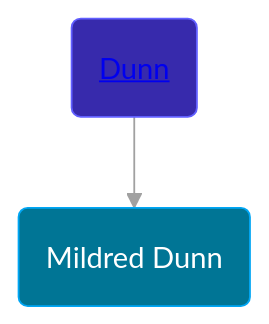
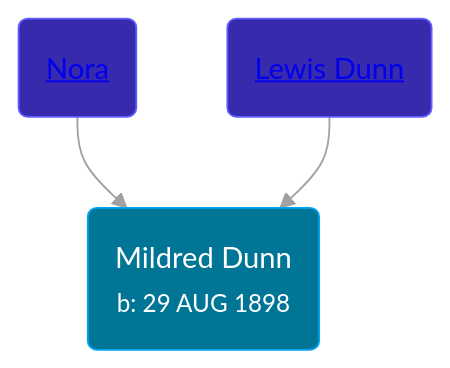
Before and after one commit to wpmgotkh/wpmgotkh.github.io: the diagram in pages/people/7/7869963.md, drawn with Mermaid. The commit also changed other lines of this file and 257 other files, not shown here.

````diff
--- a/pages/people/7/7869963.md
+++ b/pages/people/7/7869963.md
@@ -10,9 +10,10 @@
 ```mermaid
 graph
 classDef grands fill:#193cb8,stroke:#2b7fff,stroke-width:1px,color:#fff;
 classDef parents fill:#372aac,stroke:#615fff,stroke-width:1px,color:#fff;
 classDef primary fill:#007595,stroke:#00a6f4,stroke-width:1px,color:#fff;
-7869963(Mildred Dunn):::primary
-14066328(<a class="text-white" href="/people/1/14066328">Dunn</a>):::parents-->7869963
+7869963(Mildred Dunn<br /><small>b: 29 AUG 1898</small>):::primary
+37580902(<a class="text-white" href="/people/3/37580902">Nora </a>):::parents-->7869963
+14066328(<a class="text-white" href="/people/1/14066328">Lewis Dunn</a>):::parents-->7869963
 linkStyle default stroke:#a1a1a1
 ```
````
